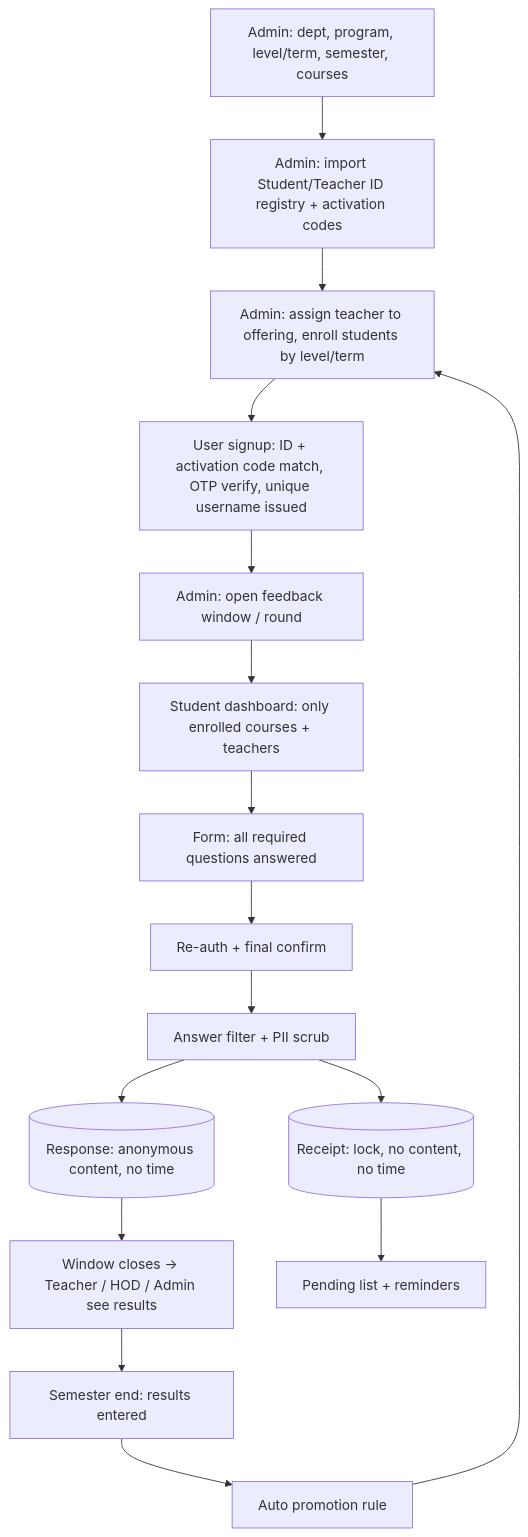
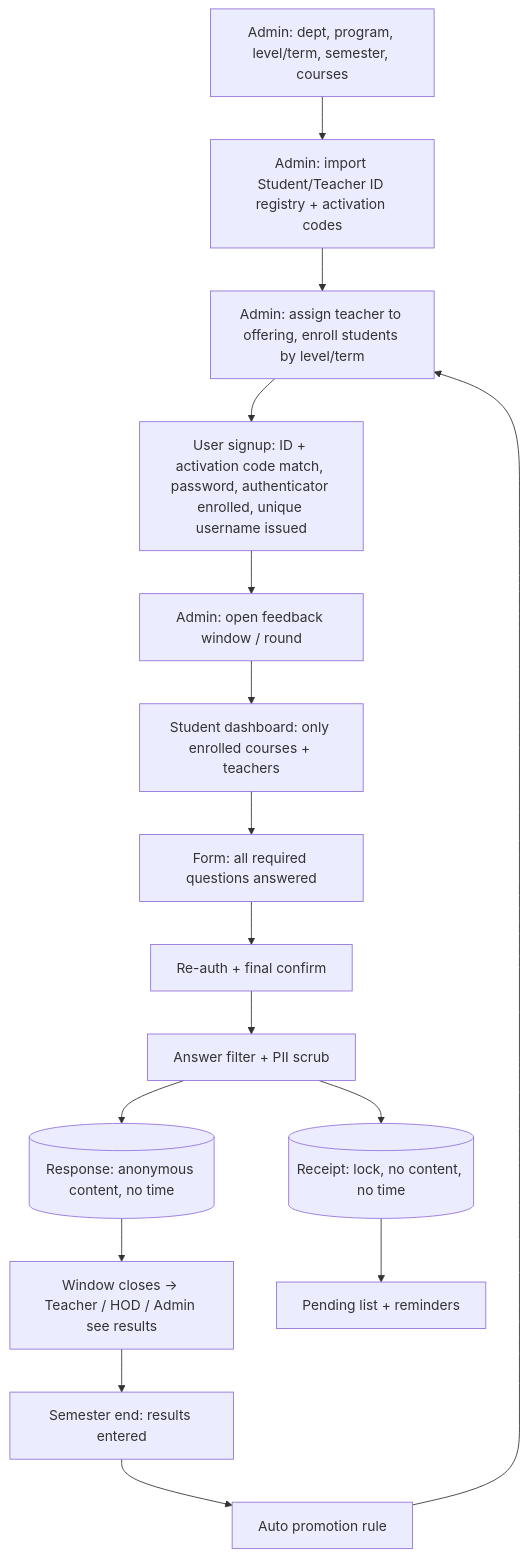
One commit to smnasrullah/Teachers_Feedback_System changed the first of 2 diagrams in docs/BLUEPRINT.md. Above: the diagram before and after it, drawn with Mermaid. The commit also changed other lines of this file and 69 other files, not shown here.

````diff
--- a/docs/BLUEPRINT.md
+++ b/docs/BLUEPRINT.md
@@ -24,17 +24,17 @@
 ```mermaid
 flowchart TD
   A[Admin: dept, program, level/term, semester, courses] --> B[Admin: import Student/Teacher ID registry + activation codes]
   B --> C[Admin: assign teacher to offering, enroll students by level/term]
-  C --> D[User signup: ID + activation code match, OTP verify, unique username issued]
+  C --> D[User signup: ID + activation code match, password, authenticator enrolled, unique username issued]
   D --> E[Admin: open feedback window / round]
   E --> F[Student dashboard: only enrolled courses + teachers]
   F --> G[Form: all required questions answered]
   G --> H[Re-auth + final confirm]
   H --> I[Answer filter + PII scrub]
   I --> J[(Receipt: lock, no content, no time)]
   I --> K[(Response: anonymous content, no time)]
   K --> L[Window closes -> Teacher / HOD / Admin see results]
   J --> M[Pending list + reminders]
   L --> N[Semester end: results entered]
   N --> O[Auto promotion rule] --> C
 ```
````
